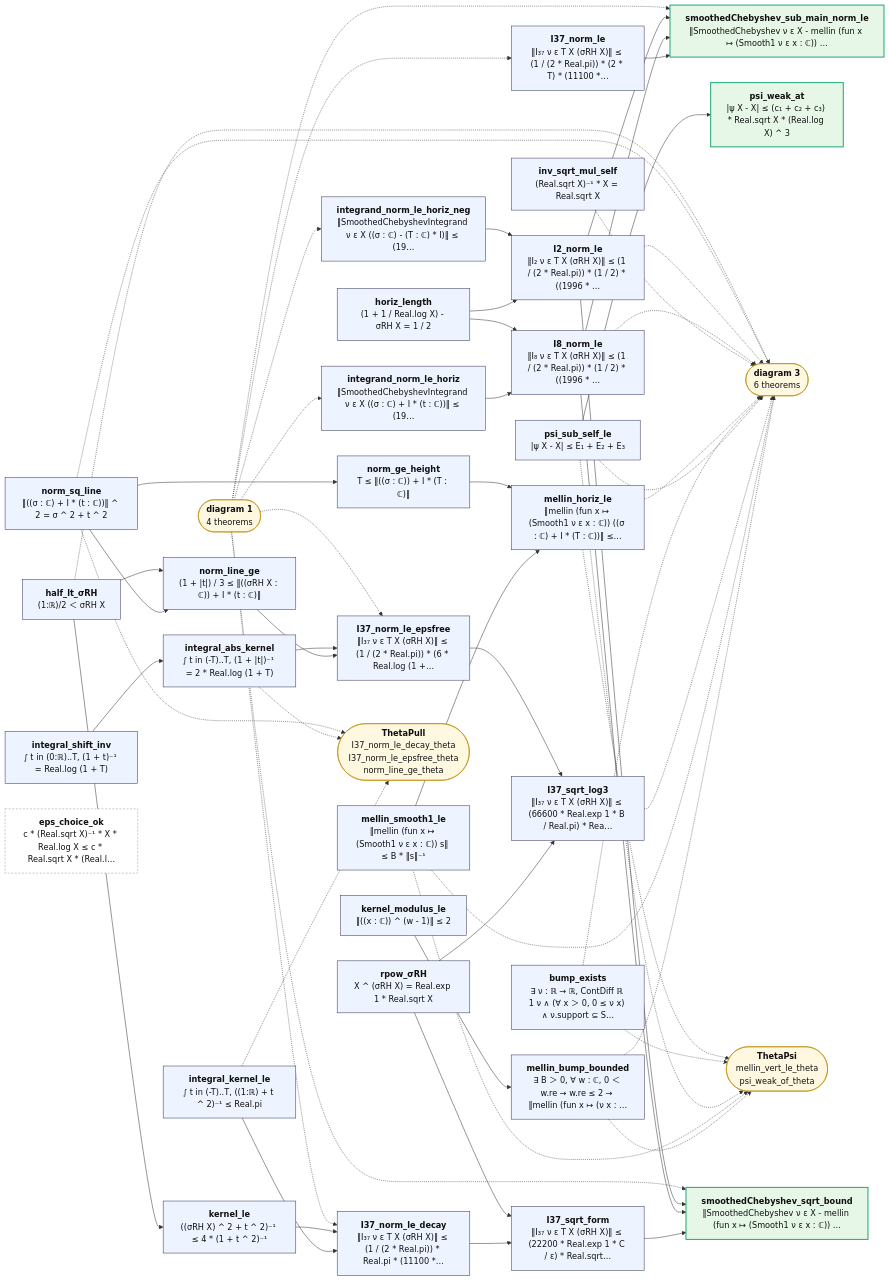
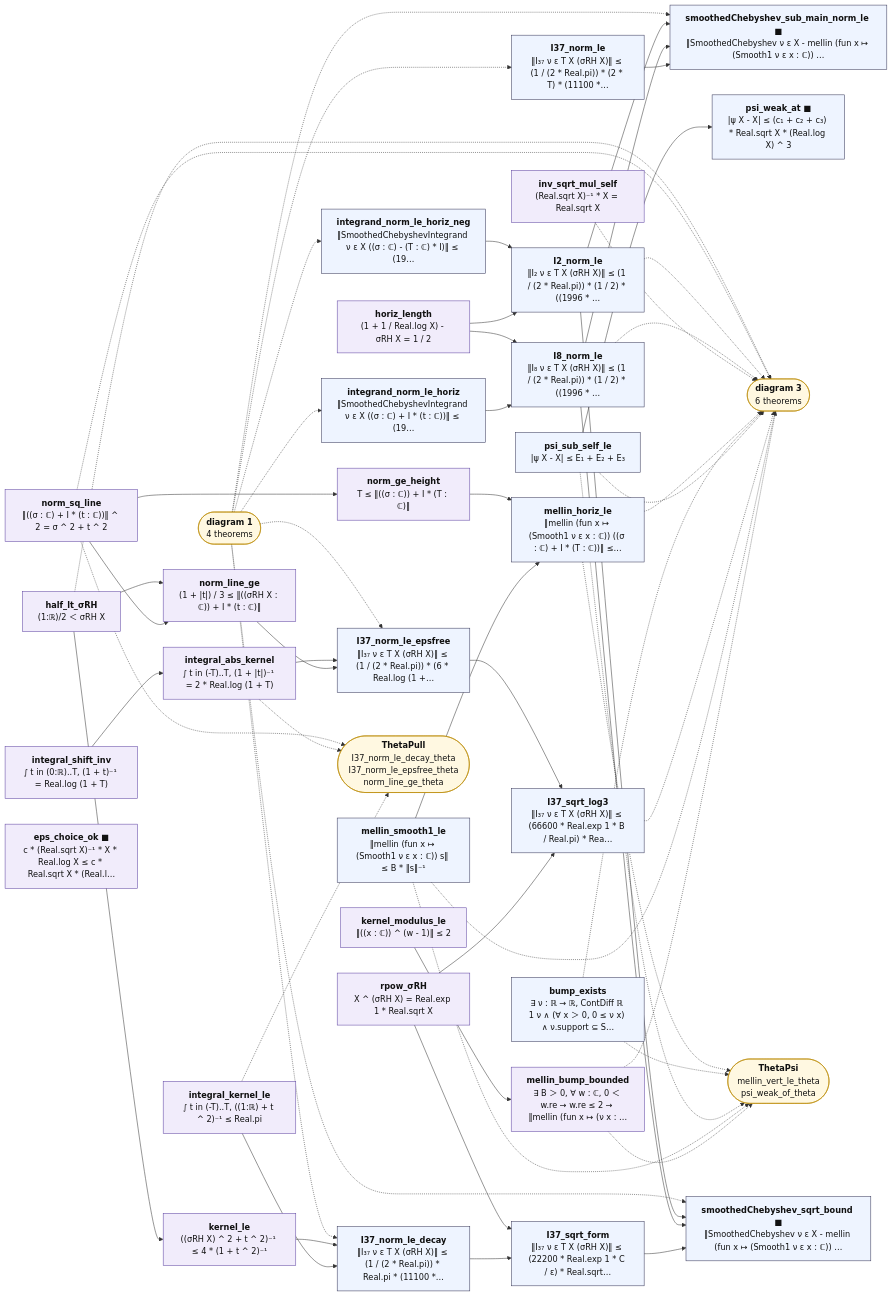
One commit to juliansambranojr/Primebeat_081426 changed the second of 3 diagrams in map/lean_stage3/LineBound.md. Above: the diagram before and after it, drawn with Mermaid. The commit also changed other lines of this file and 398 other files, not shown here.

```diff
--- a/map/lean_stage3/LineBound.md
+++ b/map/lean_stage3/LineBound.md
@@ -113,34 +116,34 @@
 flowchart LR
   n0["<b>I37_norm_le</b><br/>‖I₃₇ ν ε T X (σRH X)‖ ≤ (1 / (2 * Real.pi)) * (2 * T) * (11100 *…"]:::thm
   n1["<b>integrand_norm_le_horiz</b><br/>‖SmoothedChebyshevIntegrand ν ε X ((σ : ℂ) + I * (t : ℂ))‖ ≤ (19…"]:::thm
-  n2["<b>horiz_length</b><br/>(1 + 1 / Real.log X) - σRH X = 1 / 2"]:::thm
+  n2["<b>horiz_length</b><br/>(1 + 1 / Real.log X) - σRH X = 1 / 2"]:::shp
   n3["<b>I8_norm_le</b><br/>‖I₈ ν ε T X (σRH X)‖ ≤ (1 / (2 * Real.pi)) * (1 / 2) * ((1996 * …"]:::thm
   n4["<b>integrand_norm_le_horiz_neg</b><br/>‖SmoothedChebyshevIntegrand ν ε X ((σ : ℂ) - (T : ℂ) * I)‖ ≤ (19…"]:::thm
   n5["<b>I2_norm_le</b><br/>‖I₂ ν ε T X (σRH X)‖ ≤ (1 / (2 * Real.pi)) * (1 / 2) * ((1996 * …"]:::thm
-  n6["<b>smoothedChebyshev_sub_main_norm_le</b><br/>‖SmoothedChebyshev ν ε X - mellin (fun x ↦ (Smooth1 ν ε x : ℂ)) …"]:::end_
-  n7["<b>norm_sq_line</b><br/>‖((σ : ℂ) + I * (t : ℂ))‖ ^ 2 = σ ^ 2 + t ^ 2"]:::thm
-  n8["<b>half_lt_σRH</b><br/>(1:ℝ)/2 ＜ σRH X"]:::thm
-  n9["<b>kernel_le</b><br/>((σRH X) ^ 2 + t ^ 2)⁻¹ ≤ 4 * (1 + t ^ 2)⁻¹"]:::thm
-  n10["<b>integral_kernel_le</b><br/>∫ t in (-T)..T, ((1:ℝ) + t ^ 2)⁻¹ ≤ Real.pi"]:::thm
+  n6["<b>smoothedChebyshev_sub_main_norm_le ■</b><br/>‖SmoothedChebyshev ν ε X - mellin (fun x ↦ (Smooth1 ν ε x : ℂ)) …"]:::thm
+  n7["<b>norm_sq_line</b><br/>‖((σ : ℂ) + I * (t : ℂ))‖ ^ 2 = σ ^ 2 + t ^ 2"]:::shp
+  n8["<b>half_lt_σRH</b><br/>(1:ℝ)/2 ＜ σRH X"]:::shp
+  n9["<b>kernel_le</b><br/>((σRH X) ^ 2 + t ^ 2)⁻¹ ≤ 4 * (1 + t ^ 2)⁻¹"]:::shp
+  n10["<b>integral_kernel_le</b><br/>∫ t in (-T)..T, ((1:ℝ) + t ^ 2)⁻¹ ≤ Real.pi"]:::shp
   n11["<b>I37_norm_le_decay</b><br/>‖I₃₇ ν ε T X (σRH X)‖ ≤ (1 / (2 * Real.pi)) * Real.pi * (11100 *…"]:::thm
-  n12["<b>rpow_σRH</b><br/>X ^ (σRH X) = Real.exp 1 * Real.sqrt X"]:::thm
+  n12["<b>rpow_σRH</b><br/>X ^ (σRH X) = Real.exp 1 * Real.sqrt X"]:::shp
   n13["<b>I37_sqrt_form</b><br/>‖I₃₇ ν ε T X (σRH X)‖ ≤ (22200 * Real.exp 1 * C / ε) * Real.sqrt…"]:::thm
-  n14["<b>smoothedChebyshev_sqrt_bound</b><br/>‖SmoothedChebyshev ν ε X - mellin (fun x ↦ (Smooth1 ν ε x : ℂ)) …"]:::end_
-  n15["<b>kernel_modulus_le</b><br/>‖((x : ℂ)) ^ (w - 1)‖ ≤ 2"]:::thm
-  n16["<b>mellin_bump_bounded</b><br/>∃ B ＞ 0, ∀ w : ℂ, 0 ＜ w.re → w.re ≤ 2 → ‖mellin (fun x ↦ (ν x : …"]:::thm
+  n14["<b>smoothedChebyshev_sqrt_bound ■</b><br/>‖SmoothedChebyshev ν ε X - mellin (fun x ↦ (Smooth1 ν ε x : ℂ)) …"]:::thm
+  n15["<b>kernel_modulus_le</b><br/>‖((x : ℂ)) ^ (w - 1)‖ ≤ 2"]:::shp
+  n16["<b>mellin_bump_bounded</b><br/>∃ B ＞ 0, ∀ w : ℂ, 0 ＜ w.re → w.re ≤ 2 → ‖mellin (fun x ↦ (ν x : …"]:::shp
   n17["<b>mellin_smooth1_le</b><br/>‖mellin (fun x ↦ (Smooth1 ν ε x : ℂ)) s‖ ≤ B * ‖s‖⁻¹"]:::thm
-  n18["<b>norm_line_ge</b><br/>(1 + |t|) / 3 ≤ ‖((σRH X : ℂ)) + I * (t : ℂ)‖"]:::thm
-  n19["<b>integral_shift_inv</b><br/>∫ t in (0:ℝ)..T, (1 + t)⁻¹ = Real.log (1 + T)"]:::thm
-  n20["<b>integral_abs_kernel</b><br/>∫ t in (-T)..T, (1 + |t|)⁻¹ = 2 * Real.log (1 + T)"]:::thm
+  n18["<b>norm_line_ge</b><br/>(1 + |t|) / 3 ≤ ‖((σRH X : ℂ)) + I * (t : ℂ)‖"]:::shp
+  n19["<b>integral_shift_inv</b><br/>∫ t in (0:ℝ)..T, (1 + t)⁻¹ = Real.log (1 + T)"]:::shp
+  n20["<b>integral_abs_kernel</b><br/>∫ t in (-T)..T, (1 + |t|)⁻¹ = 2 * Real.log (1 + T)"]:::shp
   n21["<b>I37_norm_le_epsfree</b><br/>‖I₃₇ ν ε T X (σRH X)‖ ≤ (1 / (2 * Real.pi)) * (6 * Real.log (1 +…"]:::thm
   n22["<b>I37_sqrt_log3</b><br/>‖I₃₇ ν ε T X (σRH X)‖ ≤ (66600 * Real.exp 1 * B / Real.pi) * Rea…"]:::thm
   n23["<b>psi_sub_self_le</b><br/>|ψ X - X| ≤ E₁ + E₂ + E₃"]:::thm
-  n24["<b>eps_choice_ok</b><br/>c * (Real.sqrt X)⁻¹ * X * Real.log X ≤ c * Real.sqrt X * (Real.l…"]:::lone
-  n25["<b>psi_weak_at</b><br/>|ψ X - X| ≤ (c₁ + c₂ + c₃) * Real.sqrt X * (Real.log X) ^ 3"]:::end_
+  n24["<b>eps_choice_ok ■</b><br/>c * (Real.sqrt X)⁻¹ * X * Real.log X ≤ c * Real.sqrt X * (Real.l…"]:::shp
+  n25["<b>psi_weak_at ■</b><br/>|ψ X - X| ≤ (c₁ + c₂ + c₃) * Real.sqrt X * (Real.log X) ^ 3"]:::thm
   n26["<b>bump_exists</b><br/>∃ ν : ℝ → ℝ, ContDiff ℝ 1 ν ∧ (∀ x ＞ 0, 0 ≤ ν x) ∧ ν.support ⊆ S…"]:::thm
-  n27["<b>norm_ge_height</b><br/>T ≤ ‖((σ : ℂ)) + I * (T : ℂ)‖"]:::thm
+  n27["<b>norm_ge_height</b><br/>T ≤ ‖((σ : ℂ)) + I * (T : ℂ)‖"]:::shp
   n28["<b>mellin_horiz_le</b><br/>‖mellin (fun x ↦ (Smooth1 ν ε x : ℂ)) ((σ : ℂ) + I * (T : ℂ))‖ ≤…"]:::thm
-  n29["<b>inv_sqrt_mul_self</b><br/>(Real.sqrt X)⁻¹ * X = Real.sqrt X"]:::thm
+  n29["<b>inv_sqrt_mul_self</b><br/>(Real.sqrt X)⁻¹ * X = Real.sqrt X"]:::shp
   x0(["<b>diagram 1</b><br/>4 theorems"]):::ext
   x1(["<b>diagram 3</b><br/>6 theorems"]):::ext
   x2(["<b>ThetaPull</b><br/>I37_norm_le_decay_theta<br/>I37_norm_le_epsfree_theta<br/>norm_line_ge_theta"]):::ext
@@ -198,6 +201,9 @@
   x0 -.-> n21
   x0 -.-> n4
   x0 -.-> n6
+  classDef cnt fill:#dff5ec,stroke:#17694a,color:#111
+  classDef shp fill:#f1ecfb,stroke:#5b3fa0,color:#111
+  classDef rh fill:#ffe5e5,stroke:#c22,color:#111,stroke-width:2px
   classDef thm fill:#eef4ff,stroke:#335,color:#111
   classDef end_ fill:#e7f7e7,stroke:#2a7,color:#111,stroke-width:2px
   classDef lone fill:#fff,stroke:#999,color:#111,stroke-dasharray:4 3
```
